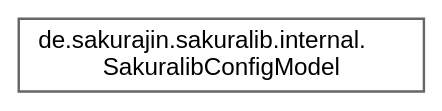
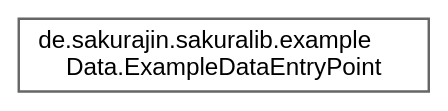
One commit to noah1510/sakura-lib changed the diagram in inherit_graph_23.dot. Above: the diagram before and after it, drawn with Graphviz. The commit also changed 97 other files, not shown here.

```diff
--- a/inherit_graph_23.dot
+++ b/inherit_graph_23.dot
@@ -1,9 +1,9 @@
 digraph "Graphical Class Hierarchy"
 {
  // LATEX_PDF_SIZE
   bgcolor="transparent";
   edge [fontname=Helvetica,fontsize=10,labelfontname=Helvetica,labelfontsize=10];
   node [fontname=Helvetica,fontsize=10,shape=box,height=0.2,width=0.4];
   rankdir="LR";
-  Node0 [label="de.sakurajin.sakuralib.internal.\lSakuralibConfigModel",height=0.2,width=0.4,color="grey40", fillcolor="white", style="filled",URL="$classde_1_1sakurajin_1_1sakuralib_1_1internal_1_1SakuralibConfigModel.html",tooltip=" "];
+  Node0 [label="de.sakurajin.sakuralib.example\lData.ExampleDataEntryPoint",height=0.2,width=0.4,color="grey40", fillcolor="white", style="filled",URL="$classde_1_1sakurajin_1_1sakuralib_1_1exampleData_1_1ExampleDataEntryPoint.html",tooltip="The entry point for the example data."];
 }
```
